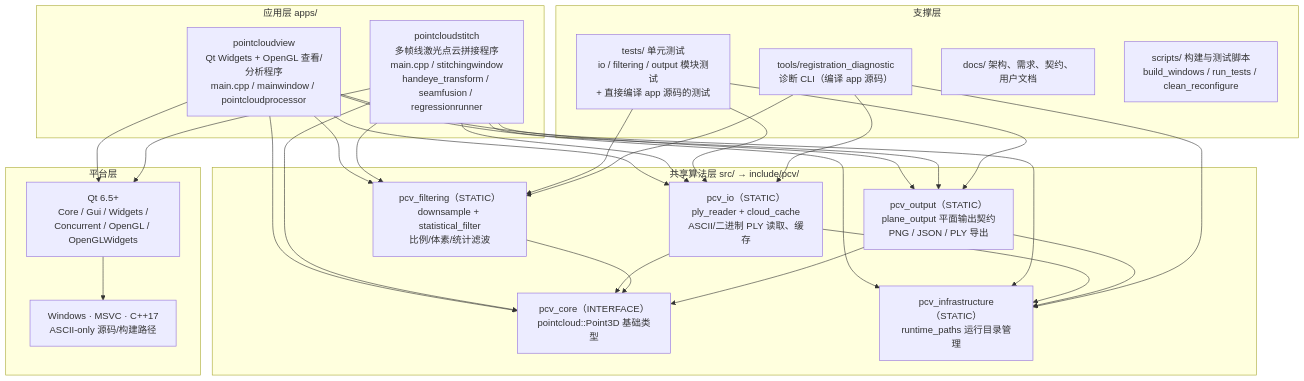
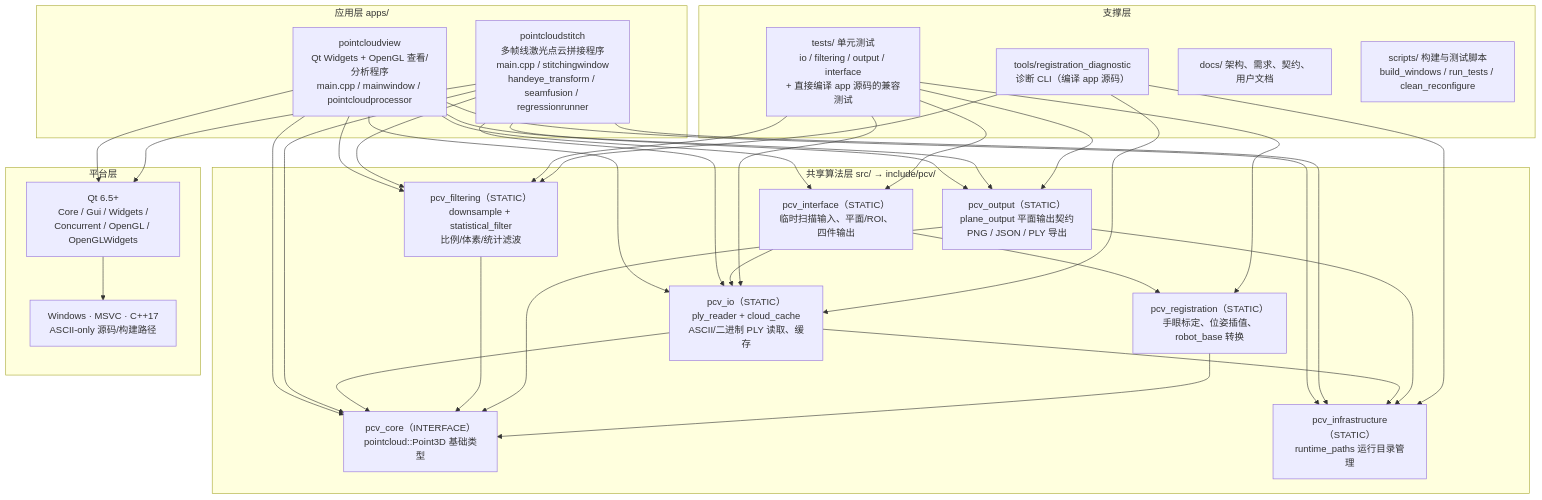
Before and after one commit to chenzhenjia/pointcloudsuite: the diagram in docs/architecture/code-composition.md, drawn with Mermaid. The commit also changed other lines of this file and 21 other files, not shown here.

````diff
--- a/docs/architecture/code-composition.md
+++ b/docs/architecture/code-composition.md
@@ -8,52 +8,60 @@
 ```mermaid
 flowchart TB
     subgraph Apps["应用层 apps/"]
         VIEW["pointcloudview<br/>Qt Widgets + OpenGL 查看/分析程序<br/>main.cpp / mainwindow / pointcloudprocessor"]
         STITCH["pointcloudstitch<br/>多帧线激光点云拼接程序<br/>main.cpp / stitchingwindow<br/>handeye_transform / seamfusion / regressionrunner"]
     end
 
     subgraph Libs["共享算法层 src/ → include/pcv/"]
         CORE["pcv_core（INTERFACE）<br/>pointcloud::Point3D 基础类型"]
         INFRA["pcv_infrastructure（STATIC）<br/>runtime_paths 运行目录管理"]
         IO["pcv_io（STATIC）<br/>ply_reader + cloud_cache<br/>ASCII/二进制 PLY 读取、缓存"]
         FILTER["pcv_filtering（STATIC）<br/>downsample + statistical_filter<br/>比例/体素/统计滤波"]
         OUTPUT["pcv_output（STATIC）<br/>plane_output 平面输出契约<br/>PNG / JSON / PLY 导出"]
+        REG["pcv_registration（STATIC）<br/>手眼标定、位姿插值、robot_base 转换"]
+        INTERFACE["pcv_interface（STATIC）<br/>临时扫描输入、平面/ROI、四件输出"]
     end
 
     subgraph Support["支撑层"]
-        TESTS["tests/ 单元测试<br/>io / filtering / output 模块测试<br/>+ 直接编译 app 源码的测试"]
+        TESTS["tests/ 单元测试<br/>io / filtering / output / interface<br/>+ 直接编译 app 源码的兼容测试"]
         TOOLS["tools/registration_diagnostic<br/>诊断 CLI（编译 app 源码）"]
         DOCS["docs/ 架构、需求、契约、用户文档"]
         SCRIPTS["scripts/ 构建与测试脚本<br/>build_windows / run_tests / clean_reconfigure"]
     end
 
     subgraph Platform["平台层"]
         QT["Qt 6.5+<br/>Core / Gui / Widgets /<br/>Concurrent / OpenGL / OpenGLWidgets"]
         OS["Windows · MSVC · C++17<br/>ASCII-only 源码/构建路径"]
     end
 
     VIEW --> IO
     VIEW --> FILTER
     VIEW --> OUTPUT
+    VIEW --> INTERFACE
     VIEW --> INFRA
     VIEW --> CORE
     STITCH --> IO
     STITCH --> FILTER
     STITCH --> OUTPUT
     STITCH --> INFRA
     STITCH --> CORE
     IO --> CORE
     IO --> INFRA
     FILTER --> CORE
     OUTPUT --> INFRA
     OUTPUT --> CORE
+    REG --> CORE
+    INTERFACE --> REG
+    INTERFACE --> IO
     VIEW --> QT
     STITCH --> QT
     TESTS --> IO
     TESTS --> FILTER
     TESTS --> OUTPUT
+    TESTS --> INTERFACE
+    TESTS --> REG
     TOOLS --> IO
     TOOLS --> FILTER
     TOOLS --> INFRA
     QT --> OS
 ```
````
